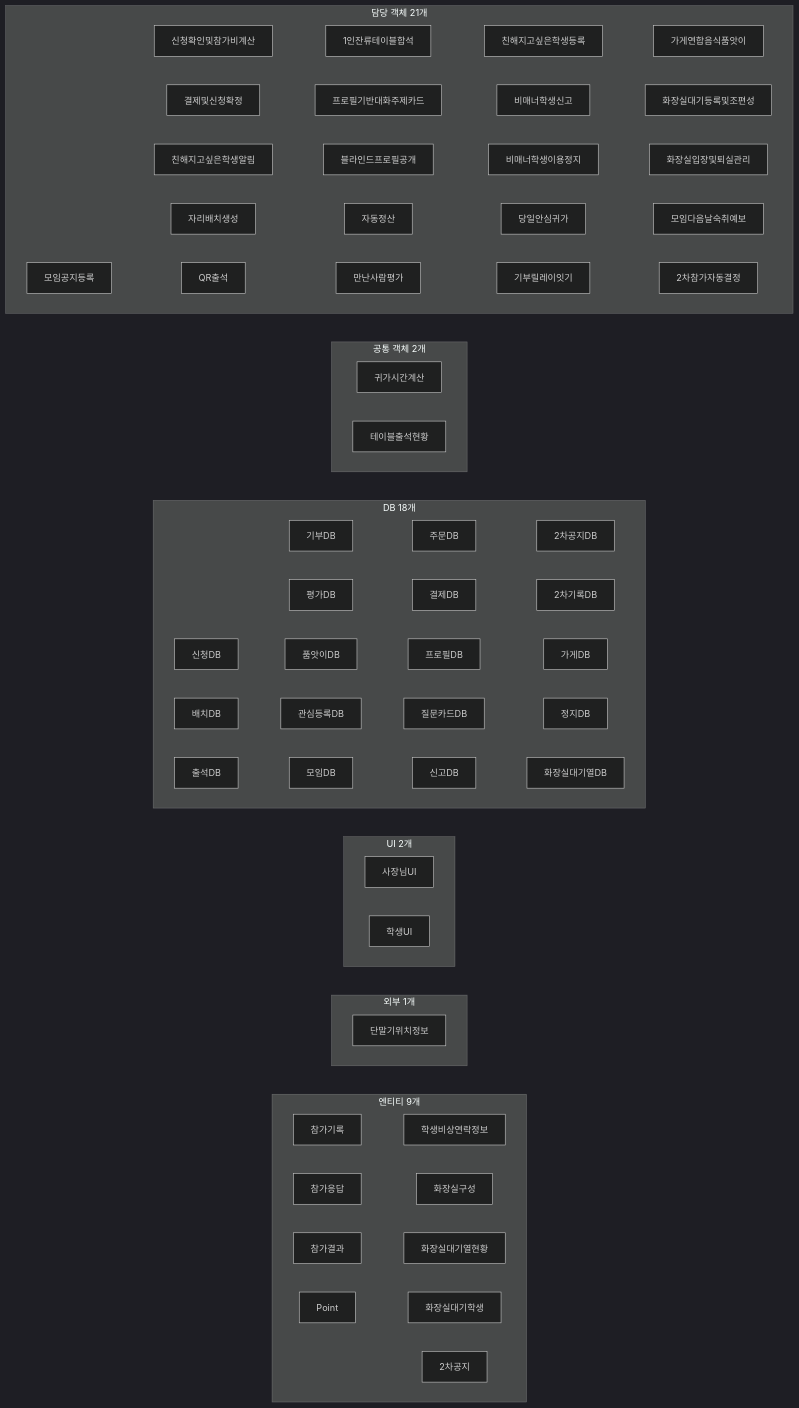
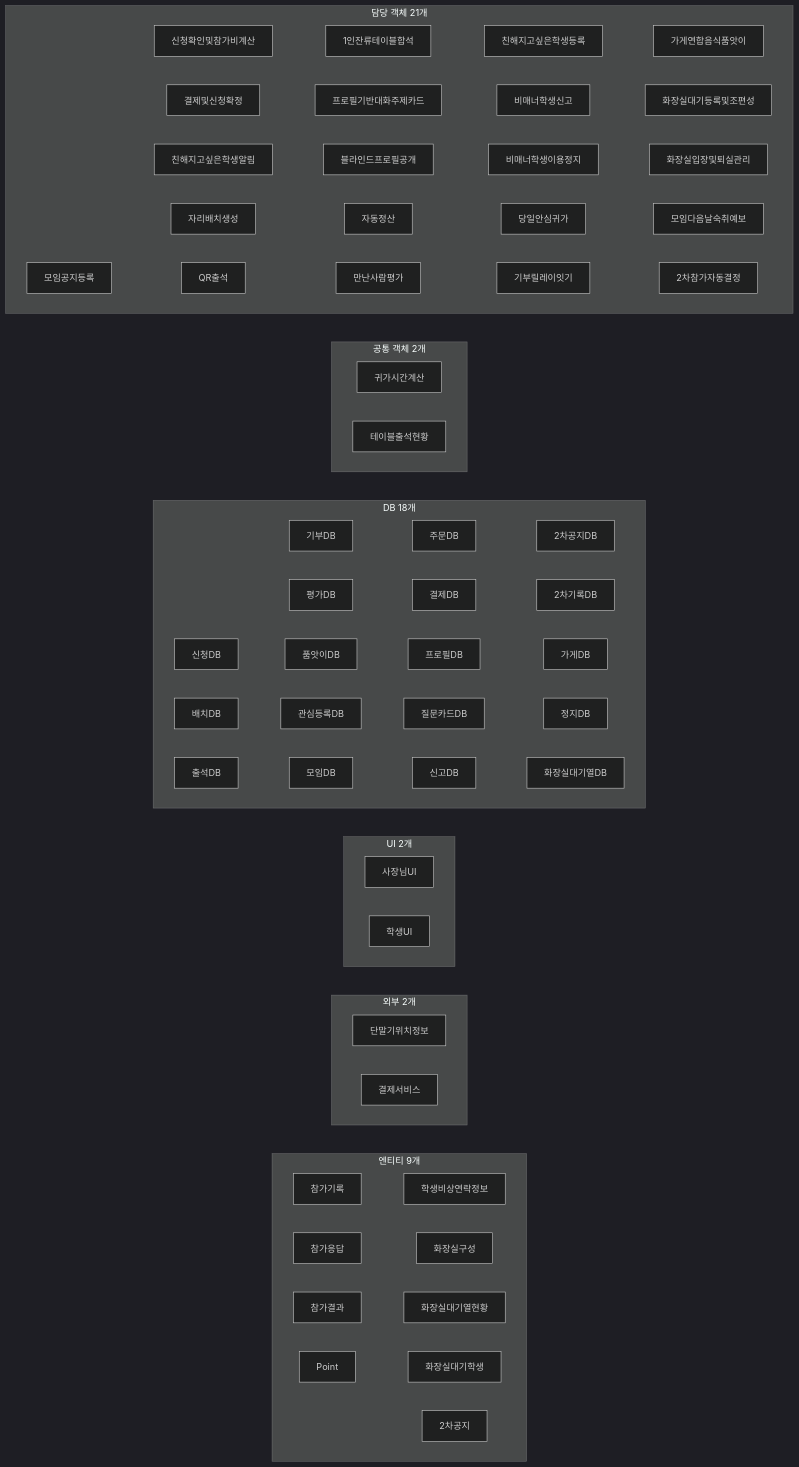
Before and after one commit to hojae3/sw-engineering-16: the first of 14 diagrams in class-diagram/class-diagram.md, drawn with Mermaid (dark theme). The commit also changed other lines of this file and 7 other files, not shown here.

```diff
--- a/class-diagram/class-diagram.md
+++ b/class-diagram/class-diagram.md
@@ -163,8 +164,9 @@
         StudentUI["학생UI"]
     end
     G3 ~~~ G4
-    subgraph G5["외부 1개"]
+    subgraph G5["외부 2개"]
         DeviceLocation["단말기위치정보"]
+        PaymentService["결제서비스"]
     end
     G4 ~~~ G5
     subgraph G6["엔티티 9개"]
```
